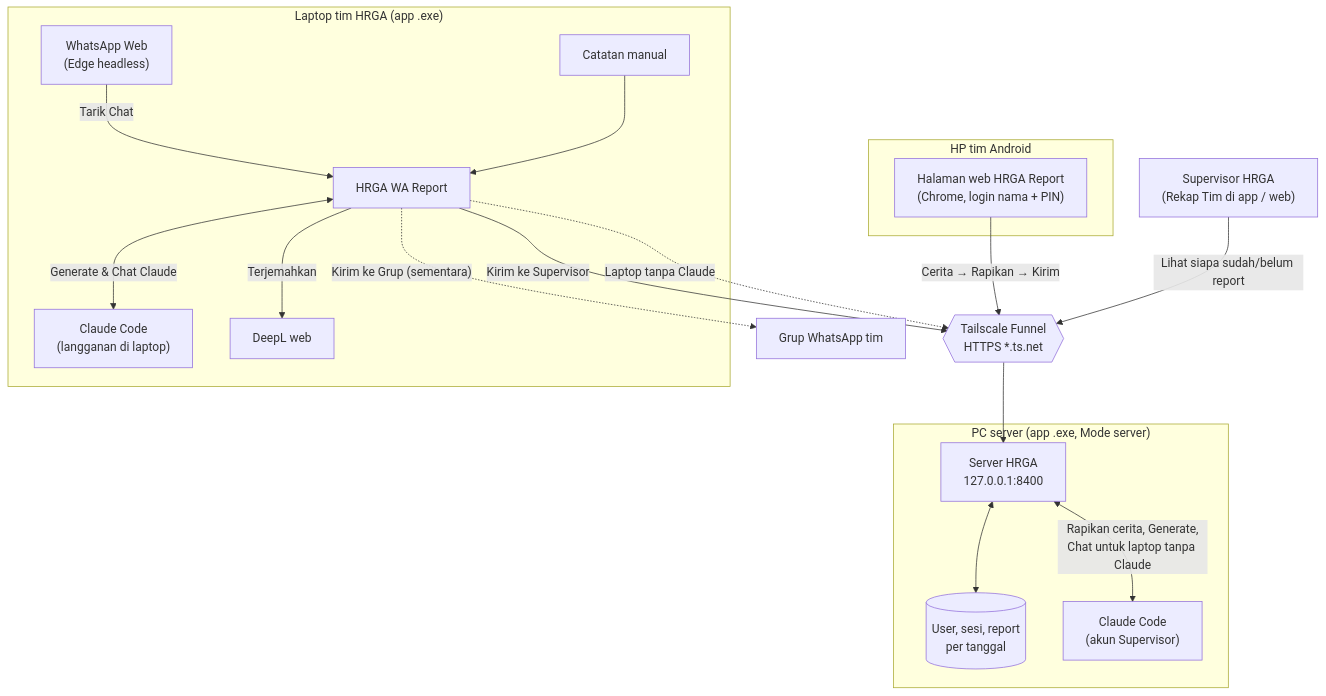
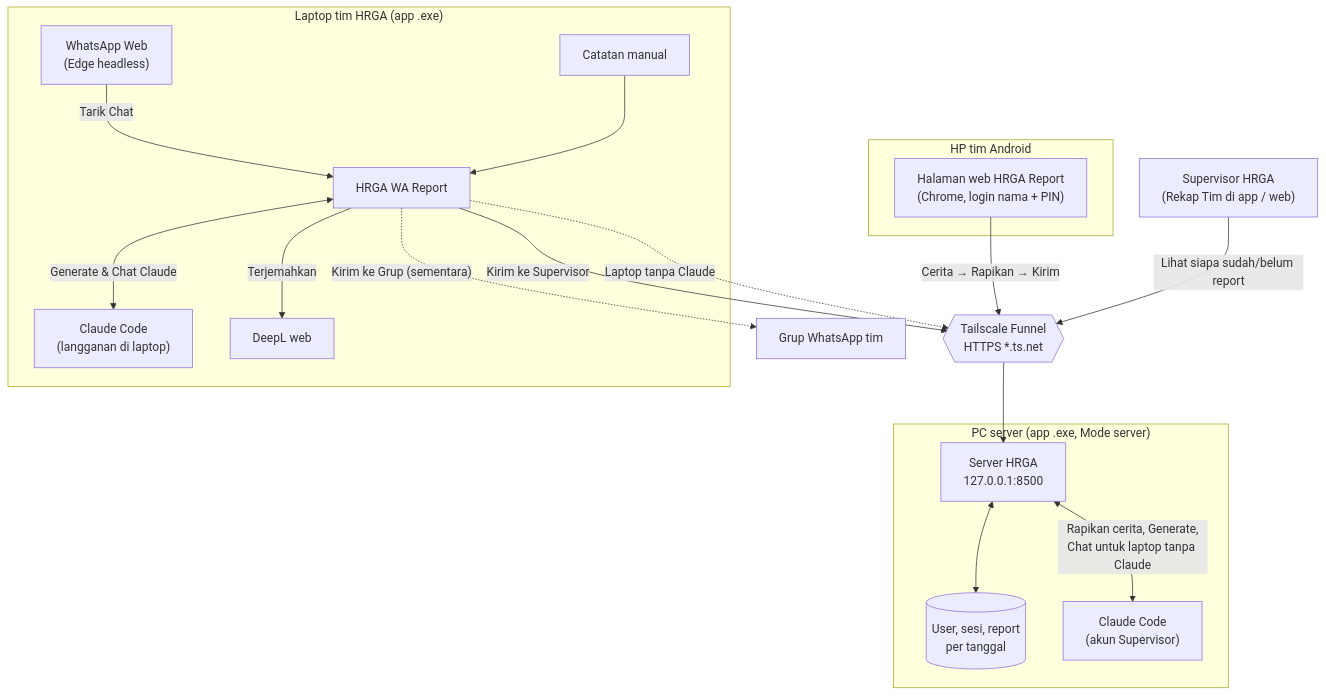
The diagram in README.md (r0corp/HRGA-Assistant), drawn with Mermaid before and after one commit. The commit also changed 5 other files, not shown here.

````diff
--- a/README.md
+++ b/README.md
@@ -9,31 +9,31 @@
 ```mermaid
 flowchart TB
     subgraph LAPTOP["Laptop tim HRGA (app .exe)"]
         WA["WhatsApp Web<br/>(Edge headless)"] -->|Tarik Chat| APP["HRGA WA Report"]
         NOTE["Catatan manual"] --> APP
         APP <-->|"Generate & Chat Claude"| CL["Claude Code<br/>(langganan di laptop)"]
         APP -->|Terjemahkan| DL["DeepL web"]
     end
 
     subgraph HP["HP tim Android"]
         WEB["Halaman web HRGA Report<br/>(Chrome, login nama + PIN)"]
     end
 
     subgraph SRV["PC server (app .exe, Mode server)"]
-        API["Server HRGA<br/>127.0.0.1:8400"]
+        API["Server HRGA<br/>127.0.0.1:8500"]
         DATA[("User, sesi, report<br/>per tanggal")]
         CLS["Claude Code<br/>(akun Supervisor)"]
         API <--> DATA
         API <-->|"Rapikan cerita, Generate,<br/>Chat untuk laptop tanpa Claude"| CLS
     end
 
     TS{{"Tailscale Funnel<br/>HTTPS *.ts.net"}}
 
     APP -->|"Kirim ke Supervisor"| TS
     APP -.->|"Laptop tanpa Claude"| TS
     WEB -->|"Cerita → Rapikan → Kirim"| TS
     TS --> API
     APP -.->|"Kirim ke Grup (sementara)"| GRP["Grup WhatsApp tim"]
 
     SPV["Supervisor HRGA<br/>(Rekap Tim di app / web)"] -->|"Lihat siapa sudah/belum report"| TS
 ```
````
